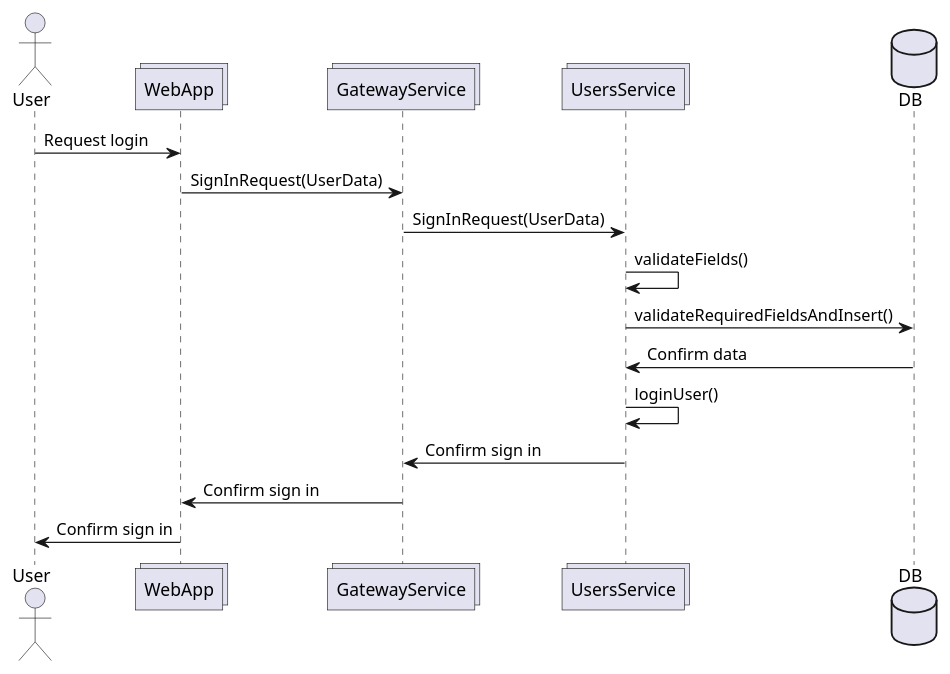
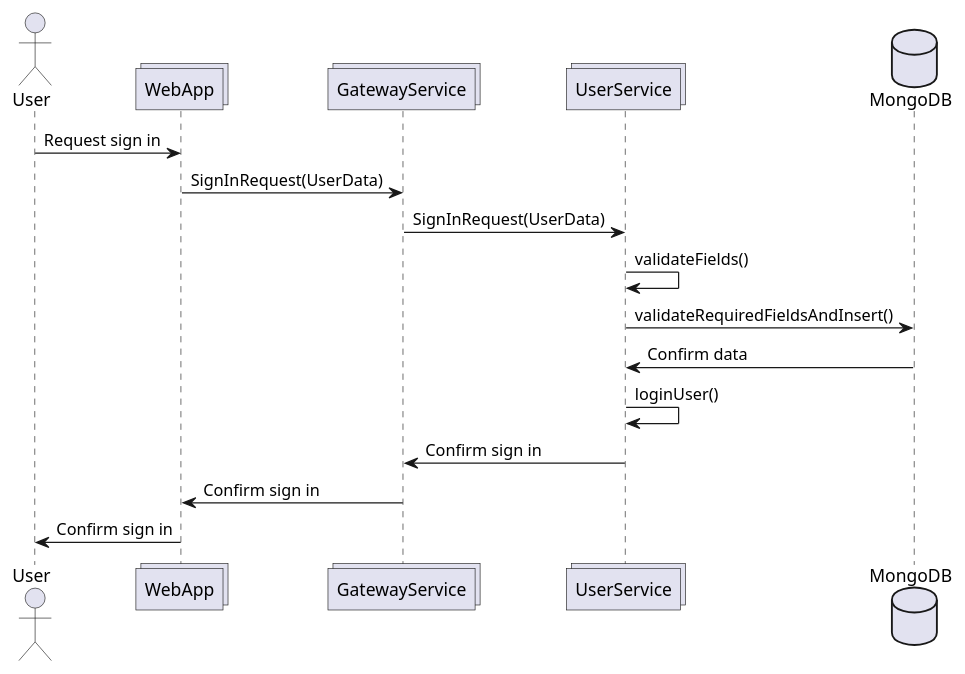
The first of 5 diagrams in docs/src/06_runtime_view.adoc (Arquisoft/wichat_es3b), drawn with PlantUML before and after one commit. The commit also changed other lines of this file and 14 other files, not shown here.

```diff
--- a/docs/src/06_runtime_view.adoc
+++ b/docs/src/06_runtime_view.adoc
@@ -43,19 +43,19 @@
 [plantuml,"SignIn diagram",svg]
 ----
 actor User
 collections WebApp
 collections GatewayService
-collections UsersService
-database DB
+collections UserService
+database DB as "MongoDB"
 
-User -> WebApp: Request login
+User -> WebApp: Request sign in
 WebApp -> GatewayService: SignInRequest(UserData)
-GatewayService  -> UsersService: SignInRequest(UserData)
-UsersService -> UsersService: validateFields()
-UsersService  -> DB: validateRequiredFieldsAndInsert()
-DB -> UsersService: Confirm data
-UsersService -> UsersService: loginUser()
-UsersService -> GatewayService: Confirm sign in
+GatewayService  -> UserService: SignInRequest(UserData)
+UserService -> UserService: validateFields()
+UserService  -> DB: validateRequiredFieldsAndInsert()
+DB -> UserService: Confirm data
+UserService -> UserService: loginUser()
+UserService -> GatewayService: Confirm sign in
 GatewayService -> WebApp: Confirm sign in
 WebApp -> User: Confirm sign in
 ----
```
